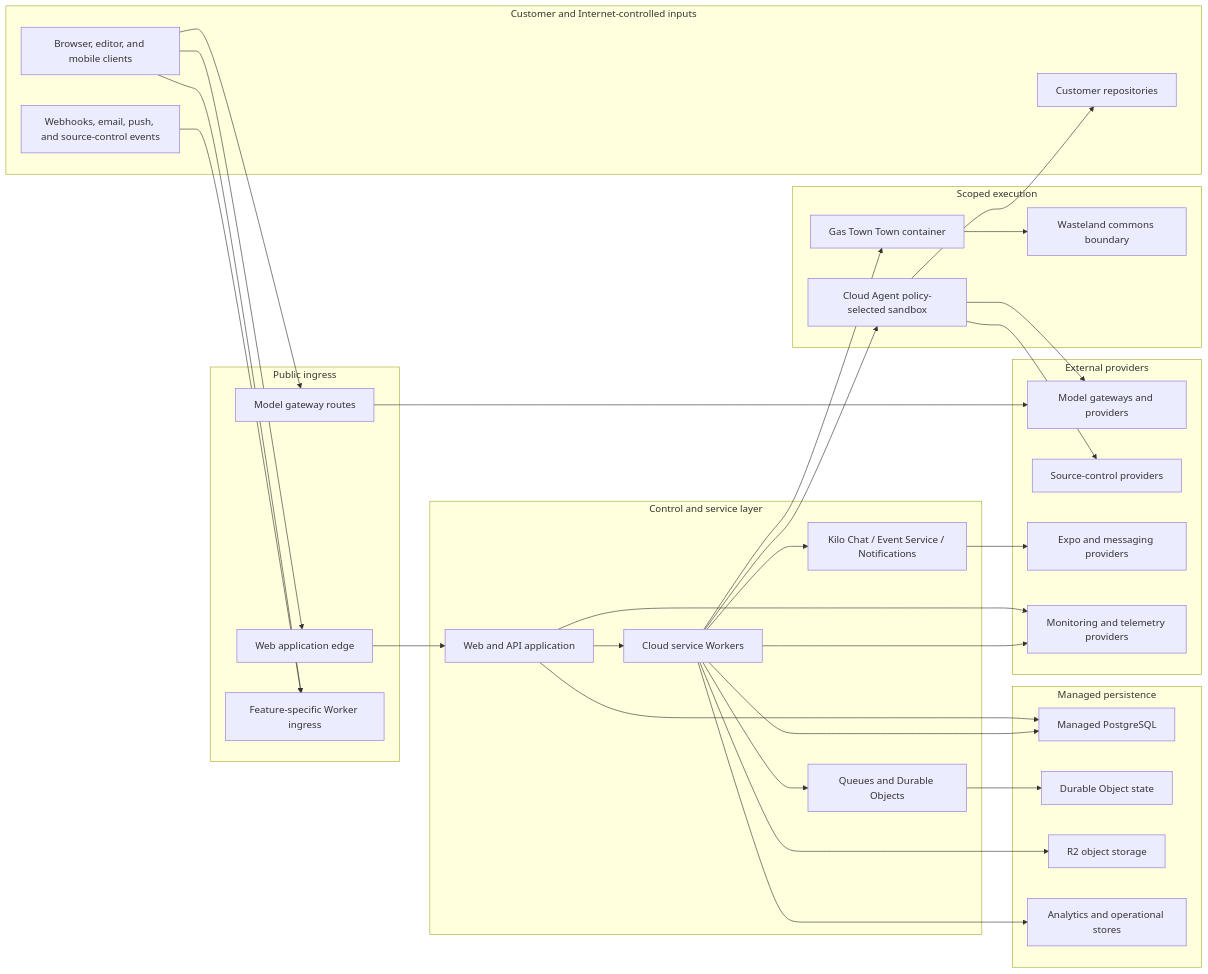
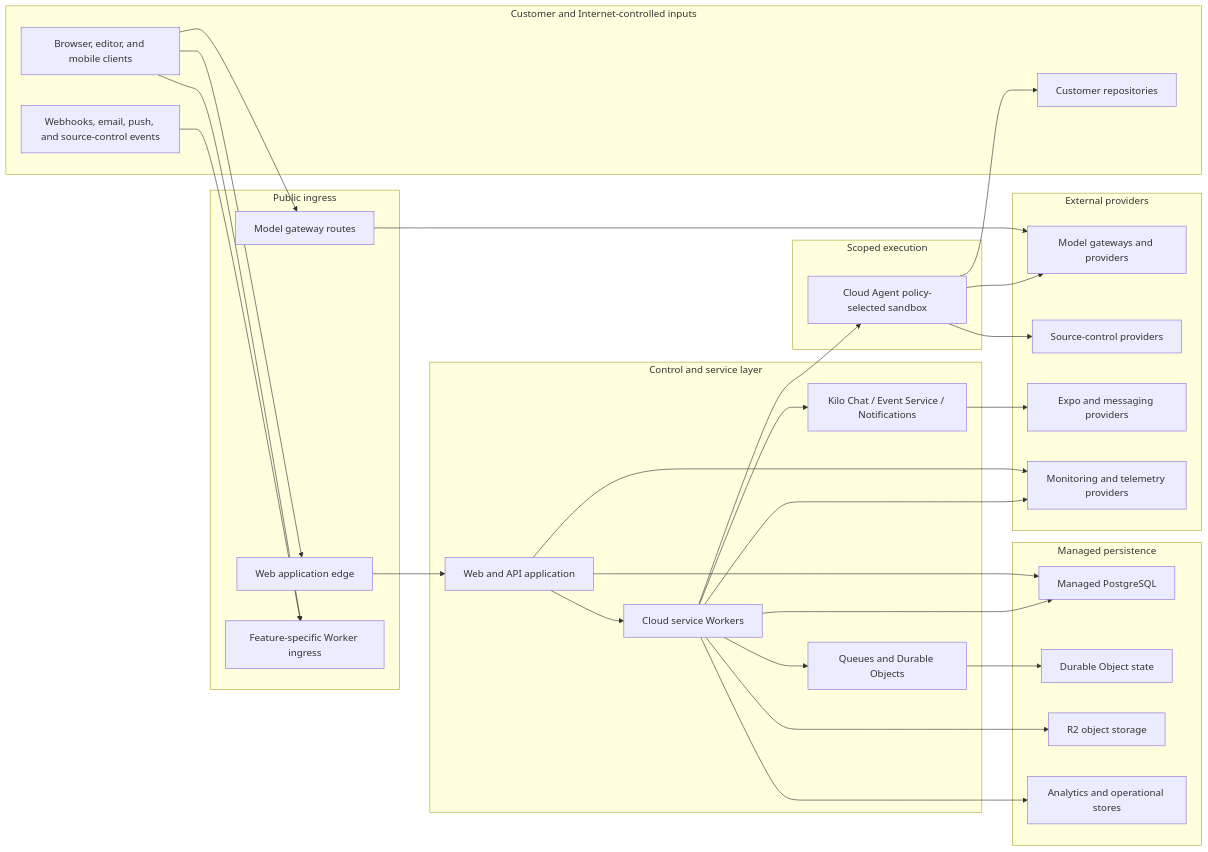
Before and after one commit to Kilo-Org/kilocode: the first of 4 diagrams in packages/kilo-docs/pages/contributing/architecture/cloud-security.md, drawn with Mermaid. The commit also changed other lines of this file and 34 other files, not shown here.

First line of the commit message:
docs: remove Gas Town documentation

````diff
--- a/packages/kilo-docs/pages/contributing/architecture/cloud-security.md
+++ b/packages/kilo-docs/pages/contributing/architecture/cloud-security.md
@@ -31,61 +30,58 @@
 ```mermaid
 flowchart LR
   subgraph customer["Customer and Internet-controlled inputs"]
     clients["Browser, editor, and mobile clients"]
     repos["Customer repositories"]
     integrations["Webhooks, email, push, and source-control events"]
   end
 
   subgraph public["Public ingress"]
     webEdge["Web application edge"]
     gateway["Model gateway routes"]
     cloudEdge["Feature-specific Worker ingress"]
   end
 
   subgraph control["Control and service layer"]
     web["Web and API application"]
     workers["Cloud service Workers"]
     chat["Kilo Chat / Event Service / Notifications"]
     async["Queues and Durable Objects"]
   end
 
   subgraph execution["Scoped execution"]
     agent["Cloud Agent policy-selected sandbox"]
-    town["Gas Town Town container"]
-    wasteland["Wasteland commons boundary"]
   end
 
   subgraph stores["Managed persistence"]
     postgres["Managed PostgreSQL"]
     durable["Durable Object state"]
     objects["R2 object storage"]
     analytics["Analytics and operational stores"]
   end
 
   subgraph providers["External providers"]
     model["Model gateways and providers"]
     source["Source-control providers"]
     messaging["Expo and messaging providers"]
     telemetry["Monitoring and telemetry providers"]
   end
 
   clients --> webEdge --> web
   clients --> gateway --> model
   clients --> cloudEdge
   integrations --> cloudEdge
   web --> workers
   workers --> async --> durable
   workers --> chat
   workers --> agent
-  workers --> town --> wasteland
   agent --> repos
   agent --> source
   agent --> model
   chat --> messaging
   web --> postgres
   workers --> postgres
   workers --> objects
   workers --> analytics
   web --> telemetry
   workers --> telemetry
 ```
````
